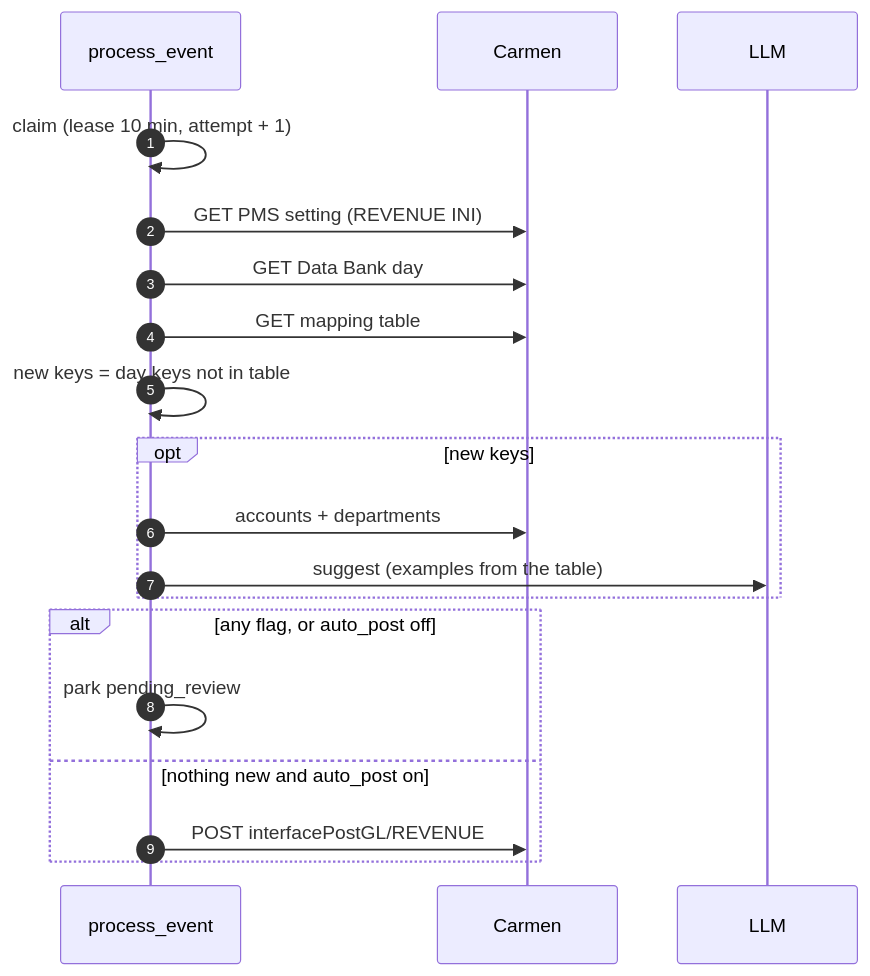
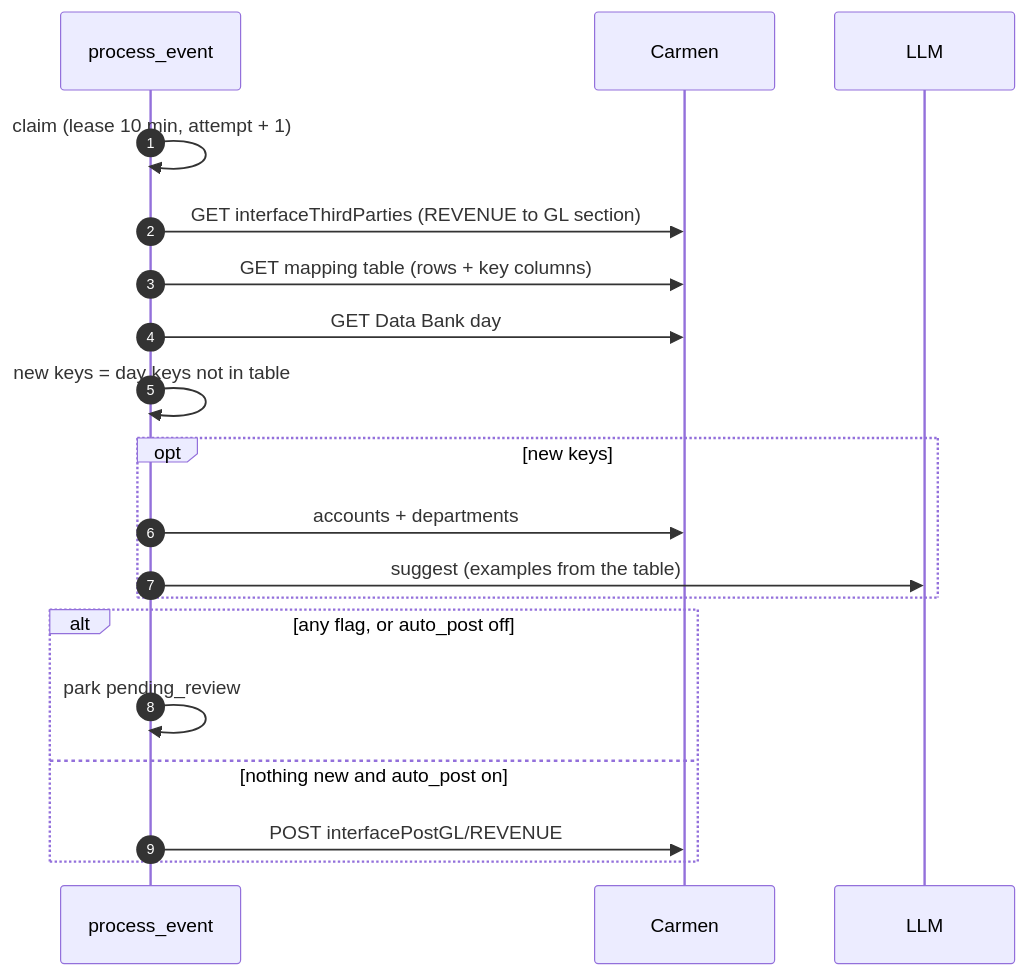
One commit to developer-carmensoftware/OCR changed the sixth of 10 diagrams in docs/frd/FRD-11-pms-interface.md. Above: the diagram before and after it, drawn with Mermaid. The commit also changed other lines of this file and 2 other files, not shown here.

First line of the commit message:
docs(pms): FRD-11 v1.3 and RS-07 follow decision-log #51

````diff
--- a/docs/frd/FRD-11-pms-interface.md
+++ b/docs/frd/FRD-11-pms-interface.md
@@ -337,21 +337,21 @@
 ```mermaid 8.3 | We never add, sign or balance a row
 sequenceDiagram
     autonumber
     participant W as process_event
     participant C as Carmen
     participant L as LLM
     W->>W: claim (lease 10 min, attempt + 1)
-    W->>C: GET PMS setting (REVENUE INI)
+    W->>C: GET interfaceThirdParties (REVENUE to GL section)
+    W->>C: GET mapping table (rows + key columns)
     W->>C: GET Data Bank day
-    W->>C: GET mapping table
     W->>W: new keys = day keys not in table
     opt new keys
         W->>C: accounts + departments
         W->>L: suggest (examples from the table)
     end
     alt any flag, or auto_post off
         W->>W: park pending_review
     else nothing new and auto_post on
         W->>C: POST interfacePostGL/REVENUE
     end
 ```
````
